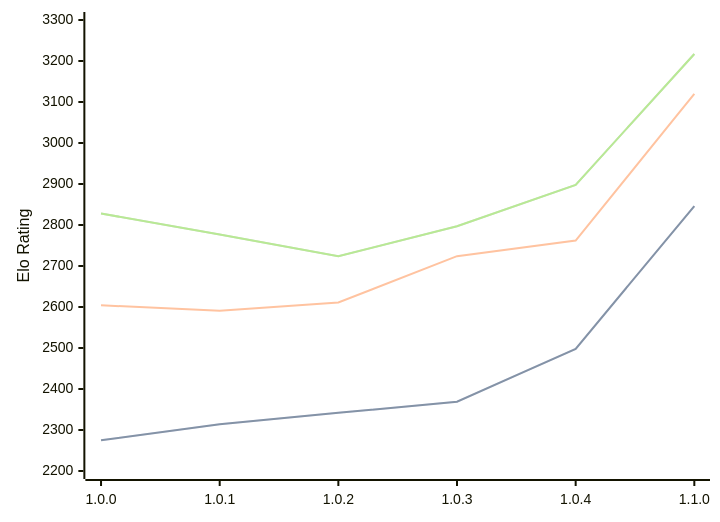
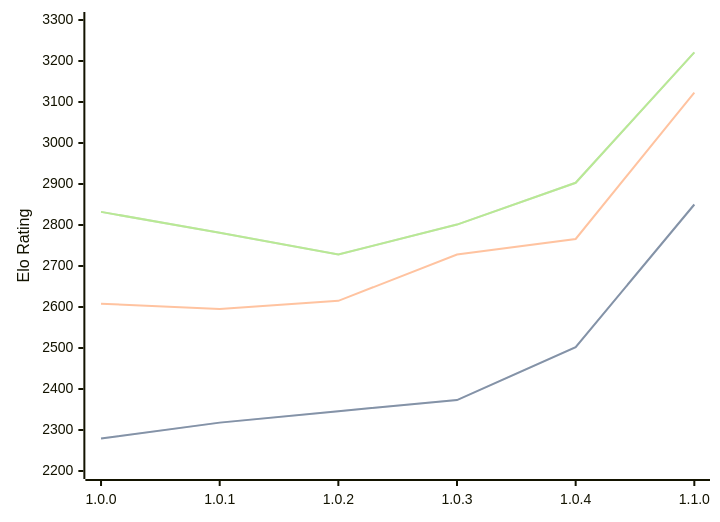
One commit to computer-chess-index/cci changed the diagram in engines/Grail.md. Above: the diagram before and after it, drawn with Mermaid. The commit also changed other lines of this file, not shown here.

Commit message:
Update CCI Ratings (ELO VLTC) - 2026-05-02

````diff
--- a/engines/Grail.md
+++ b/engines/Grail.md
@@ -36,11 +36,11 @@
 ```mermaid
 %%{init: {"theme":"base","themeVariables":{"seriesColors:['#a3a3a3','#222221','#faa371']}}}%%
 xychart-beta
   x-axis ["1.0.0", "1.0.1", "1.0.2", "1.0.3", "1.0.4", "1.1.0"]
   y-axis "Elo Rating" 2200 --> 3300
-  line "STC (8.0+0.08s)" [2275, 2314, 2342, 2369, 2498, 2846]
-  line "STC (8.0+0.08s)" [2275, 2314, 2342, 2369, 2498, 2846]
-  line "LTC (60.0+0.60s)" [2604, 2591, 2611, 2724, 2762, 3120]
-  line "VLTC (2m24s+1.12s)" [2828, 2777, 2724, 2797, 2898, 3217]
-  line "VLTC (2m24s+1.12s)" [2828, 2777, 2724, 2797, 2898, 3217]
+  line "STC (8.0+0.08s)" [2279, 2318, 2346, 2373, 2502, 2850]
+  line "STC (8.0+0.08s)" [2279, 2318, 2346, 2373, 2502, 2850]
+  line "LTC (60.0+0.60s)" [2608, 2595, 2615, 2728, 2766, 3123]
+  line "VLTC (2m24s+1.12s)" [2832, 2781, 2728, 2801, 2903, 3221]
+  line "VLTC (2m24s+1.12s)" [2832, 2781, 2728, 2801, 2903, 3221]
 ```
````
